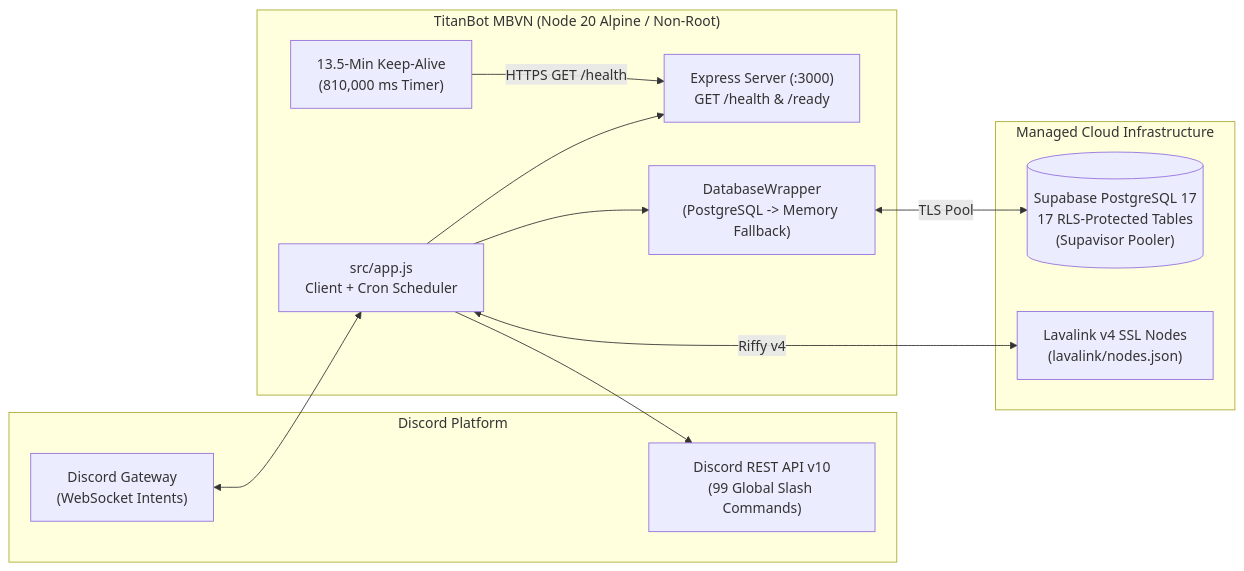
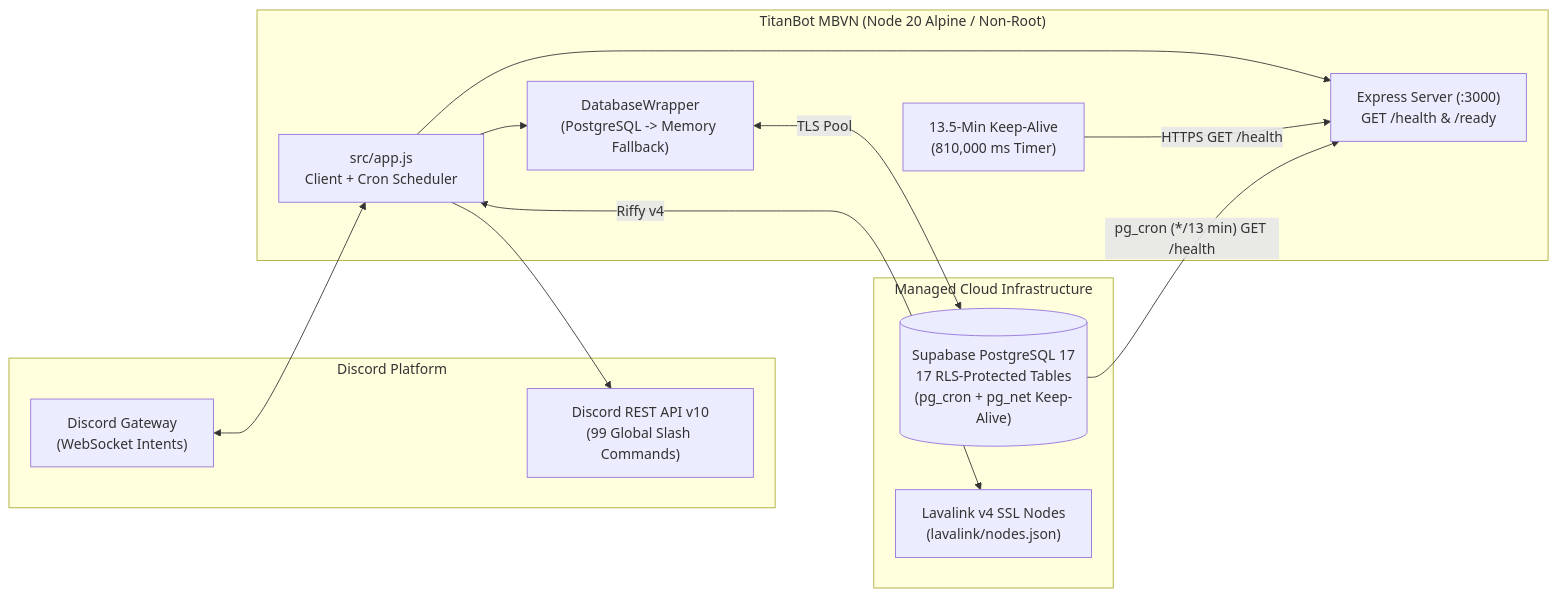
One commit to 2SMOGss/TitanBot_MBVN changed the diagram in README.md. Above: the diagram before and after it, drawn with Mermaid. The commit also changed other lines of this file and 2 other files, not shown here.

Commit message:
feat(keepalive): add Supabase pg_cron + pg_net external Render pinger SQL and docs

````diff
--- a/README.md
+++ b/README.md
@@ -27,27 +27,28 @@
 ```mermaid
 flowchart LR
     subgraph Discord["Discord Platform"]
         GW["Discord Gateway<br/>(WebSocket Intents)"]
         REST["Discord REST API v10<br/>(99 Global Slash Commands)"]
     end
 
     subgraph Runtime["TitanBot MBVN (Node 20 Alpine / Non-Root)"]
         APP["src/app.js<br/>Client + Cron Scheduler"]
         HTTP["Express Server (:3000)<br/>GET /health & /ready"]
         KEEP["13.5-Min Keep-Alive<br/>(810,000 ms Timer)"]
         DBW["DatabaseWrapper<br/>(PostgreSQL -> Memory Fallback)"]
     end
 
     subgraph Infra["Managed Cloud Infrastructure"]
-        SUPA[("Supabase PostgreSQL 17<br/>17 RLS-Protected Tables<br/>(Supavisor Pooler)")]
+        SUPA[("Supabase PostgreSQL 17<br/>17 RLS-Protected Tables<br/>(pg_cron + pg_net Keep-Alive)")]
         LAVA["Lavalink v4 SSL Nodes<br/>(lavalink/nodes.json)"]
     end
 
     GW <--> APP
     APP --> REST
     APP --> HTTP
     KEEP -->|"HTTPS GET /health"| HTTP
+    SUPA -->|"pg_cron (*/13 min) GET /health"| HTTP
     APP --> DBW
     DBW <-->|"TLS Pool"| SUPA
     APP <-->|"Riffy v4"| LAVA
 ```
````
